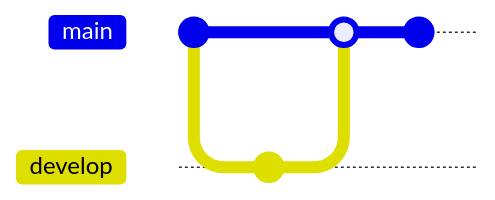
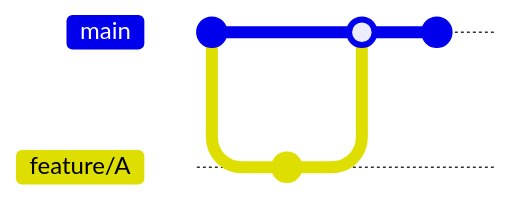
One commit to petitess/markdown changed the diagram in mermaid04.md. Above: the diagram before and after it, drawn with Mermaid. Commit ids are hidden.

````diff
--- a/mermaid04.md
+++ b/mermaid04.md
@@ -1,10 +1,10 @@
 ```mermaid
 gitGraph
        commit
-       branch develop
-       checkout develop
+       branch feature/A
+       checkout feature/A
        commit
        checkout main
-       merge develop
+       merge feature/A
        commit
 ```
````
